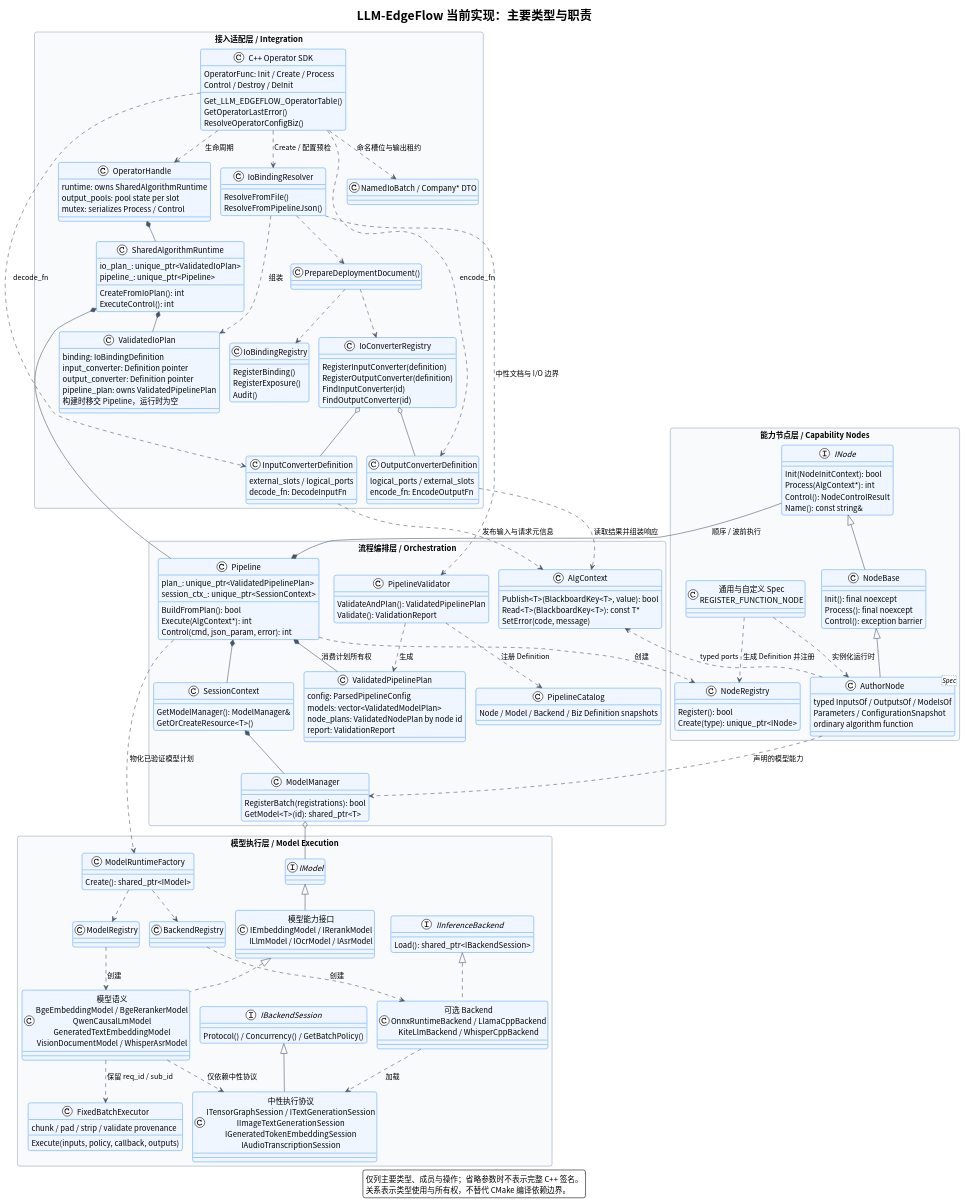
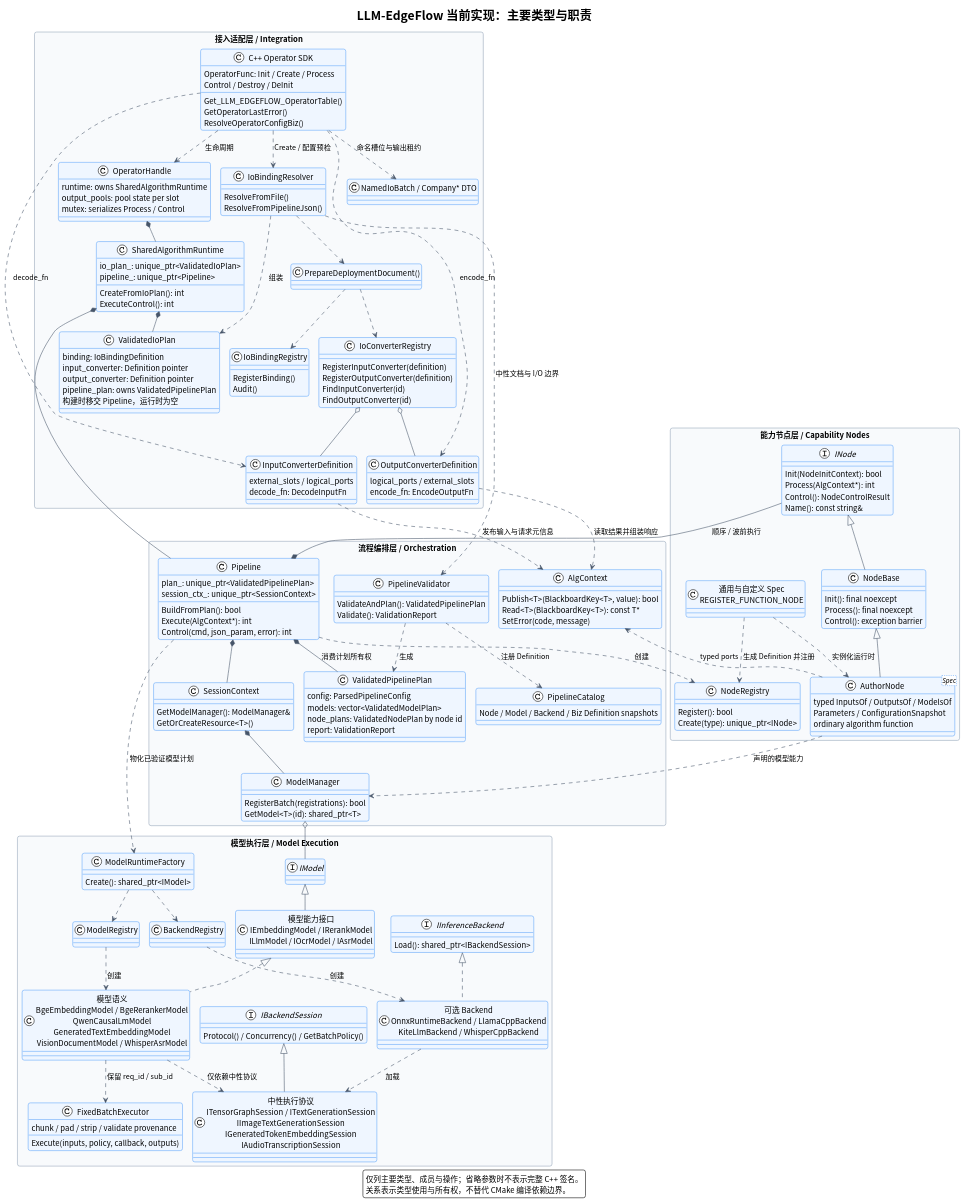
The diagram in doc/architecture.puml (chamsechan/LLM-EdgeFlow), drawn with PlantUML before and after one commit. The commit also changed 53 other files, not shown here.

```diff
--- a/doc/architecture.puml
+++ b/doc/architecture.puml
@@ -52,7 +52,6 @@
   class "PrepareDeploymentDocument()" as PrepareDeployment
   class IoBindingRegistry {
     RegisterBinding()
-    RegisterExposure()
     Audit()
   }
   class IoConverterRegistry {
```
